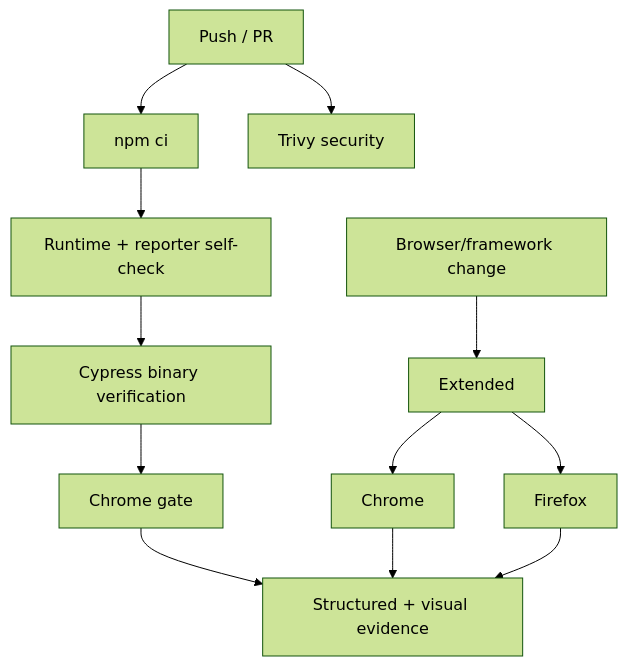
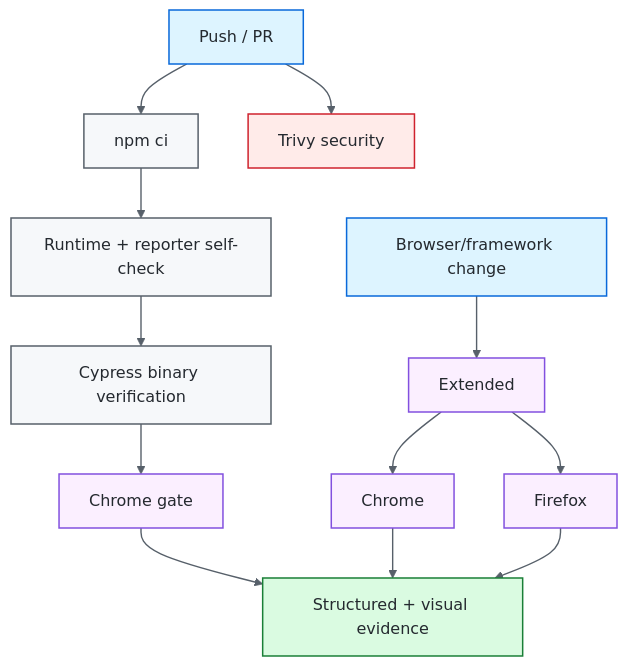
One commit to portyu9/qa-automation-ui-cypress changed the third of 3 diagrams in README.md. Above: the diagram before and after it, drawn with Mermaid (forest theme). The commit also changed other lines of this file, not shown here.

Commit message:
Polish badges and Mermaid diagrams (#12)

````diff
--- a/README.md
+++ b/README.md
@@ -293,14 +312,26 @@
 ```mermaid
 flowchart TD
     PR[Push / PR] --> INSTALL[npm ci]
     INSTALL --> CFG[Runtime + reporter self-check]
     CFG --> VERIFY[Cypress binary verification]
     VERIFY --> CH[Chrome gate]
     PR --> SEC[Trivy security]
     BCHANGE[Browser/framework change] --> EXT[Extended]
     EXT --> C[Chrome]
     EXT --> F[Firefox]
     CH --> ART[Structured + visual evidence]
     C --> ART
     F --> ART
+
+    classDef entry fill:#ddf4ff,stroke:#0969da,color:#24292f,stroke-width:1.5px;
+    classDef core fill:#f6f8fa,stroke:#57606a,color:#24292f,stroke-width:1.5px;
+    classDef gate fill:#fbefff,stroke:#8250df,color:#24292f,stroke-width:1.5px;
+    classDef evidence fill:#dafbe1,stroke:#1a7f37,color:#24292f,stroke-width:1.5px;
+    classDef security fill:#ffebe9,stroke:#cf222e,color:#24292f,stroke-width:1.5px;
+    class PR,BCHANGE entry;
+    class INSTALL,CFG,VERIFY core;
+    class CH,EXT,C,F gate;
+    class SEC security;
+    class ART evidence;
+    linkStyle default stroke:#57606a,stroke-width:1.4px;
 ```
````
